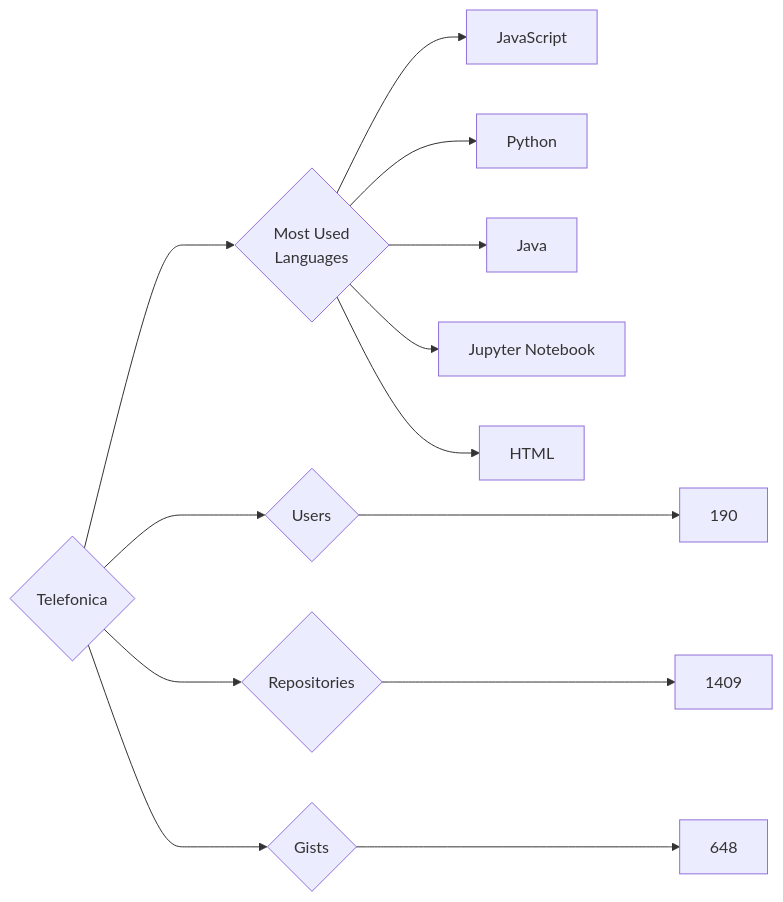
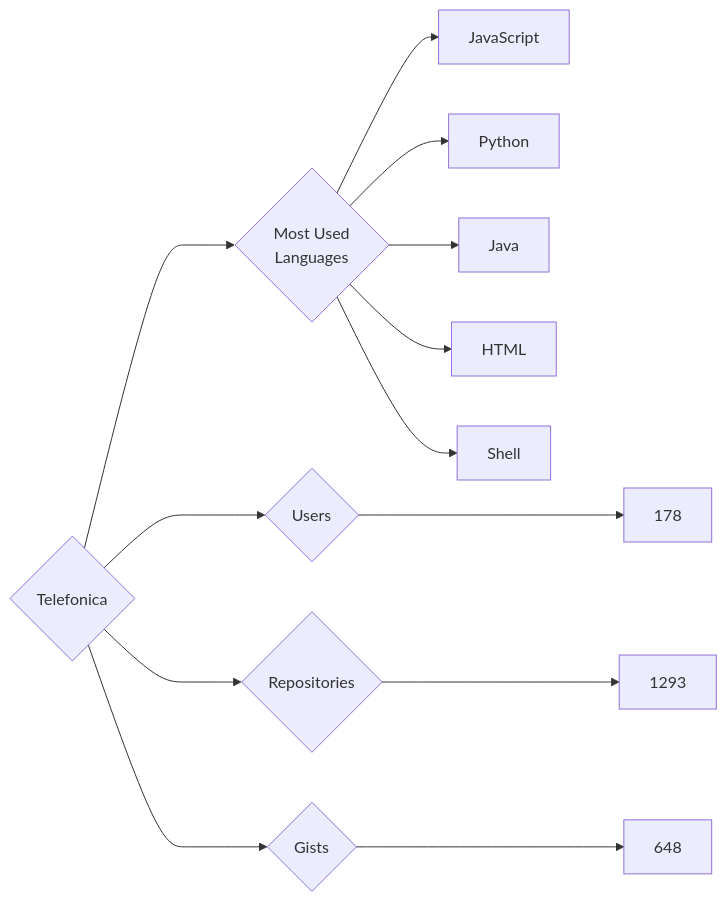
The diagram in targets/Telefonica/README.md (trickest/insiders), drawn with Mermaid before and after one commit. The commit also changed 970 other files, not shown here.

````diff
--- a/targets/Telefonica/README.md
+++ b/targets/Telefonica/README.md
@@ -3,13 +3,13 @@
 ```mermaid
 graph LR
 COMPANY_NAME{Telefonica}
-COMPANY_NAME ---> U{Users} ---> UN[190]
-COMPANY_NAME ---> R{Repositories} ---> RN[1409]
+COMPANY_NAME ---> U{Users} ---> UN[178]
+COMPANY_NAME ---> R{Repositories} ---> RN[1293]
 COMPANY_NAME ---> G{Gists} ---> GN[648]
 COMPANY_NAME ---> ML{Most Used<br>Languages}
 ML --> JavaScript[JavaScript]
 ML --> Python[Python]
 ML --> Java[Java]
-ML --> Jupyter_Notebook[Jupyter Notebook]
 ML --> HTML[HTML]
+ML --> Shell[Shell]
 ```
````
